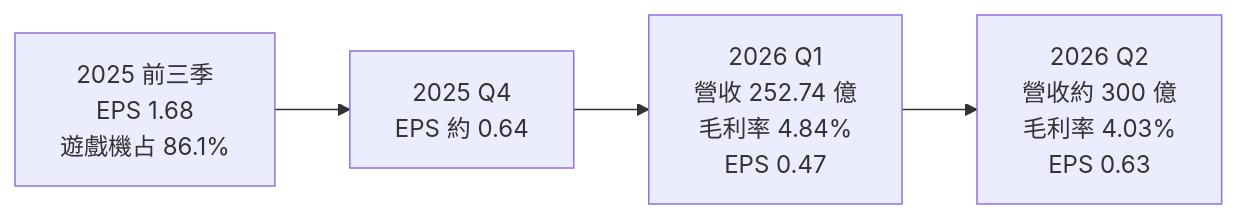
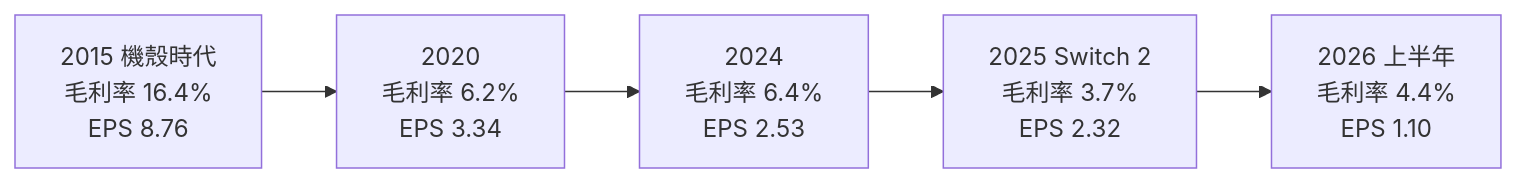
Before and after one commit to wangnick1004/taiwan-stock-vault: the third of 4 diagrams in 個股/台股/2354鴻準.md, drawn with Mermaid. The commit also changed other lines of this file and 19 other files, not shown here.

````diff
--- a/個股/台股/2354鴻準.md
+++ b/個股/台股/2354鴻準.md
@@ -149,4 +146,4 @@
 ```mermaid
 flowchart LR
-    Q3["2025 前三季<br/>EPS 1.68<br/>遊戲機占 86.1%"] --> Q4["2025 Q4<br/>EPS 約 0.64"] --> Q1["2026 Q1<br/>營收 252.74 億<br/>毛利率 4.84%<br/>EPS 0.47"] --> Q2["2026 Q2<br/>營收約 300 億<br/>毛利率 4.03%<br/>EPS 0.63"]
+    Y15["2015 機殼時代<br/>毛利率 16.4%<br/>EPS 8.76"] --> Y20["2020<br/>毛利率 6.2%<br/>EPS 3.34"] --> Y24["2024<br/>毛利率 6.4%<br/>EPS 2.53"] --> Y25["2025 Switch 2<br/>毛利率 3.7%<br/>EPS 2.32"] --> H26["2026 上半年<br/>毛利率 4.4%<br/>EPS 1.10"]
 ```
````
